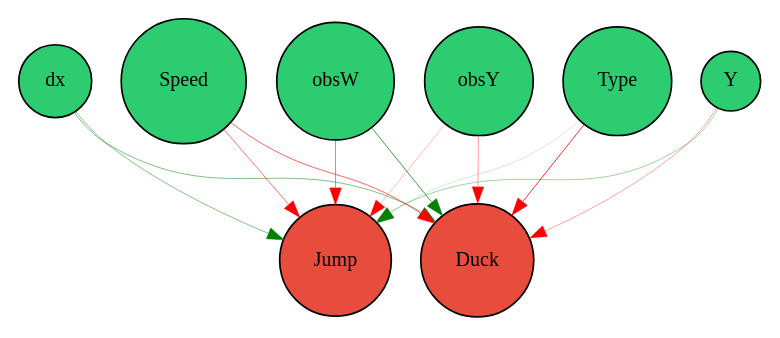
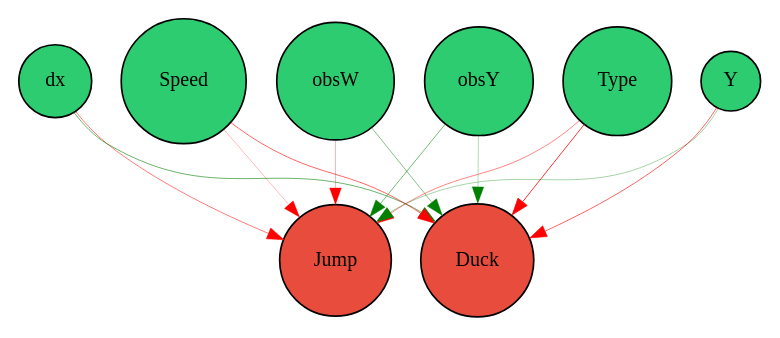
Before and after one commit to QQderLP/neat-chrome-dinosaur: the diagram in network.gv, drawn with Graphviz. The commit also changed 2 other files, not shown here.

```diff
--- a/network.gv
+++ b/network.gv
@@ -1,23 +1,23 @@
 digraph {
 	node [fontsize=12 height=0.2 shape=circle style=filled width=0.2]
 	dx [fillcolor="#2ecc71"]
 	Speed [fillcolor="#2ecc71"]
 	obsW [fillcolor="#2ecc71"]
 	obsY [fillcolor="#2ecc71"]
 	Type [fillcolor="#2ecc71"]
 	Y [fillcolor="#2ecc71"]
 	Jump [fillcolor="#e74c3c"]
 	Duck [fillcolor="#e74c3c"]
-	Y -> Jump [color=green penwidth=0.22403739744722634 style=solid]
-	Y -> Duck [color=red penwidth=0.22379760839756072 style=solid]
-	dx -> Jump [color=green penwidth=0.2865843985513967 style=solid]
-	dx -> Duck [color=green penwidth=0.2970516912033131 style=solid]
-	Type -> Jump [color=green penwidth=0.1050728877379994 style=solid]
-	Type -> Duck [color=red penwidth=0.4957260895488935 style=solid]
-	obsY -> Jump [color=red penwidth=0.16782041406226078 style=solid]
-	obsY -> Duck [color=red penwidth=0.22968598254939954 style=solid]
-	obsW -> Jump [color=red penwidth=0.32340983723473987 style=solid]
-	obsW -> Duck [color=green penwidth=0.4558879245800923 style=solid]
-	Speed -> Jump [color=red penwidth=0.34166329536595363 style=solid]
-	Speed -> Duck [color=red penwidth=0.36563949108222416 style=solid]
+	Y -> Jump [color=green penwidth=0.20517648178062053 style=solid]
+	Y -> Duck [color=red penwidth=0.36753164131237614 style=solid]
+	dx -> Jump [color=red penwidth=0.3064735498565916 style=solid]
+	dx -> Duck [color=green penwidth=0.35182845894625403 style=solid]
+	Type -> Jump [color=red penwidth=0.294667391275789 style=solid]
+	Type -> Duck [color=red penwidth=0.4753139923180735 style=solid]
+	obsY -> Jump [color=green penwidth=0.31771931182397634 style=solid]
+	obsY -> Duck [color=green penwidth=0.18018752622848525 style=solid]
+	obsW -> Jump [color=red penwidth=0.17860090110007476 style=solid]
+	obsW -> Duck [color=green penwidth=0.2868055472543597 style=solid]
+	Speed -> Jump [color=red penwidth=0.16428614765678812 style=solid]
+	Speed -> Duck [color=red penwidth=0.35939685031605784 style=solid]
 }
```
